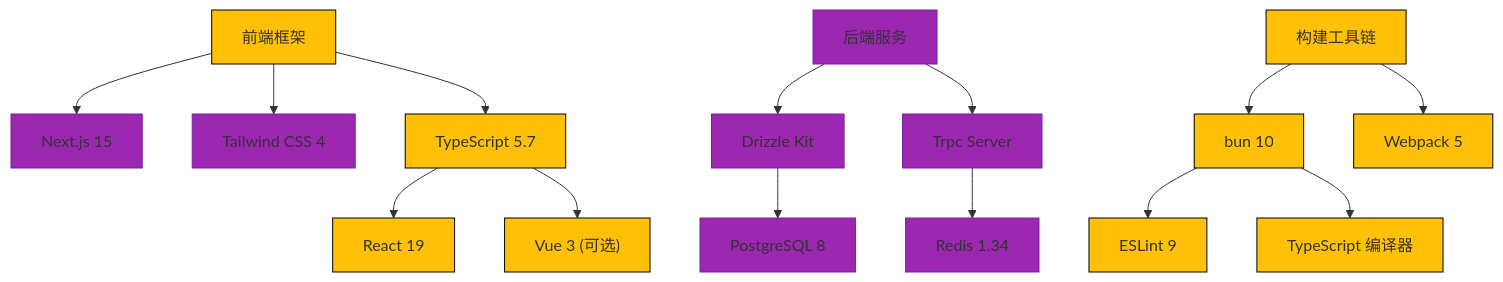
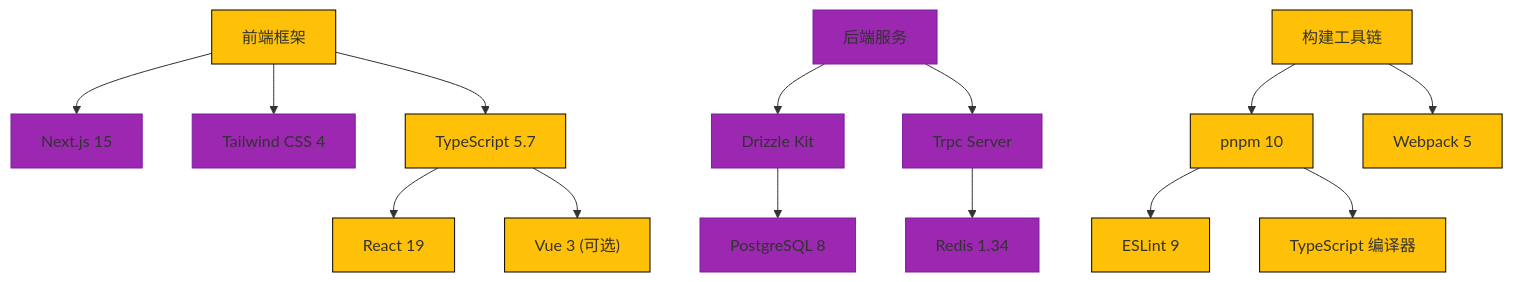
One commit to eonova/eonova.me changed the diagram in README.md. Above: the diagram before and after it, drawn with Mermaid. The commit also changed other lines of this file and 12 other files, not shown here.

````diff
--- a/README.md
+++ b/README.md
@@ -21,25 +21,25 @@
 ```mermaid
 graph TD
     A[前端框架] --> B["Next.js 15"]
     A --> C["Tailwind CSS 4"]
     A --> D["TypeScript 5.7"]
     D --> E["React 19"]
     D --> F["Vue 3 (可选)"]
     
     G[后端服务] --> H["Drizzle Kit"]
     G --> I["Trpc Server"]
     H --> J["PostgreSQL 8"]
     I --> K["Redis 1.34"]
     
-    L[构建工具链] --> M["bun 10"]
+    L[构建工具链] --> M["pnpm 10"]
     L --> N["Webpack 5"]
     M --> O["ESLint 9"]
     M --> P["TypeScript 编译器"]
     
     classDef framework fill:#2196F3,stroke:#1976D2;
     classDef service fill:#FFC107,stroke:#000;
     classDef build fill:#9C27B0,stroke:#7B1FA2;
     
     class A,F,D,E,L,N,M,O,P service;
     class B,C,G,H,I,J,K build;
 ```
````
